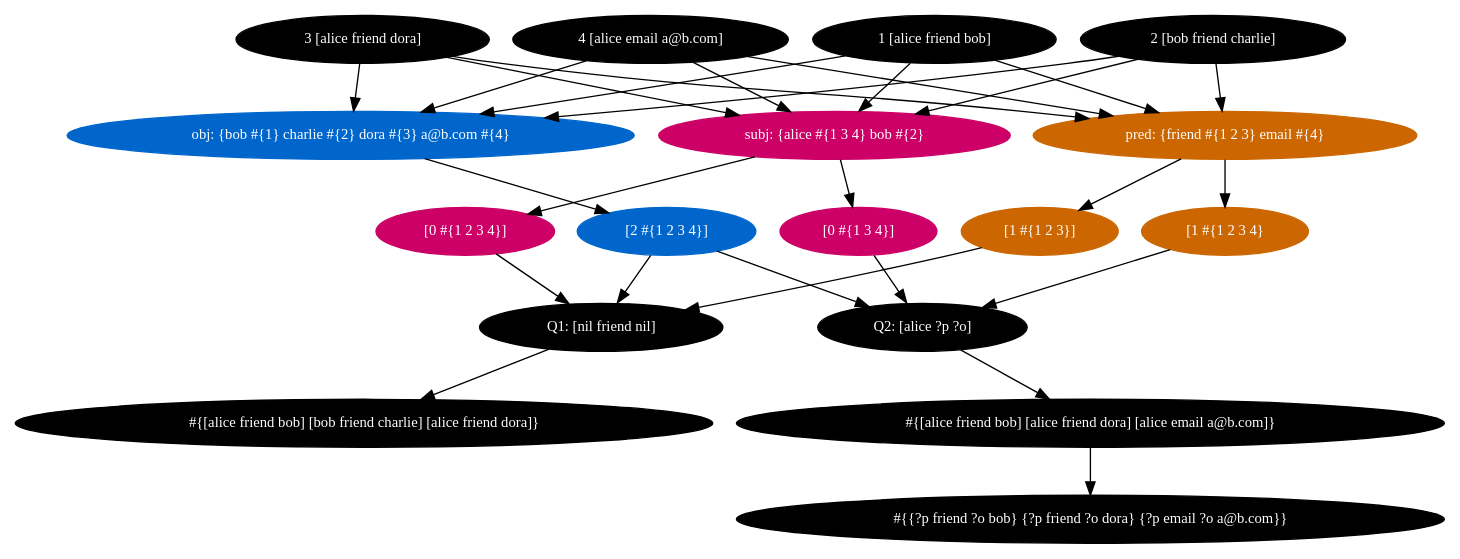
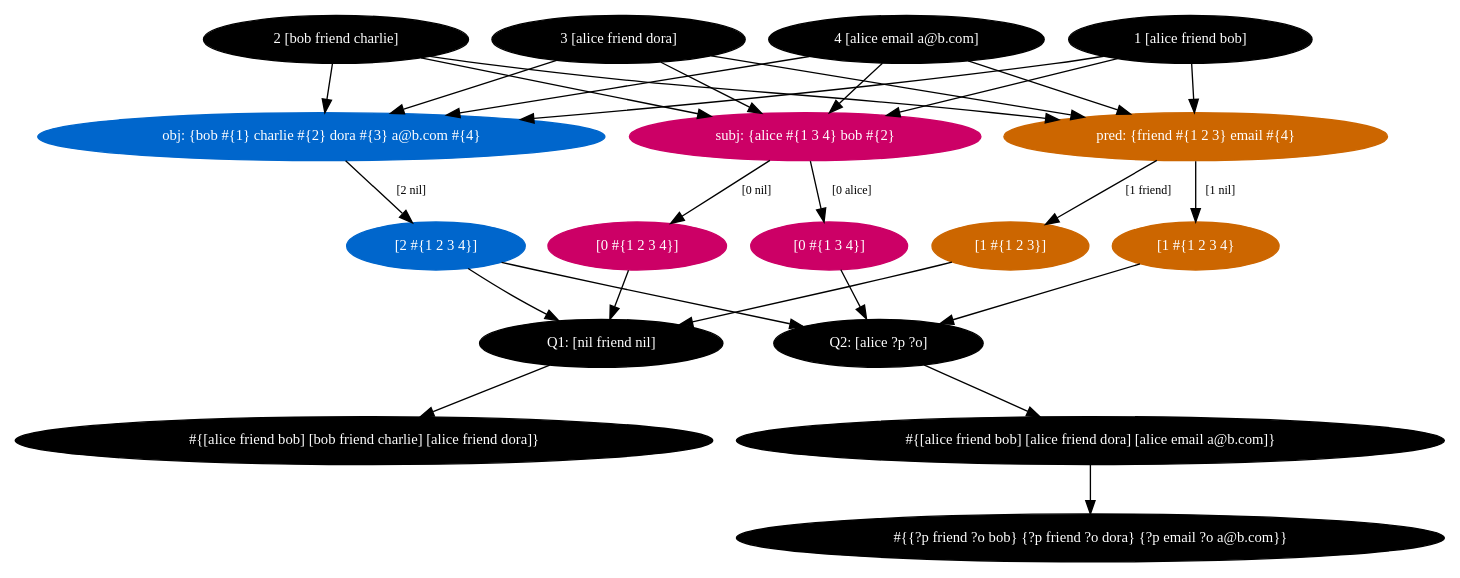
One commit to thi-ng/fabric changed the diagram in fabric-facts/src/core.org. Above: the diagram before and after it, drawn with Graphviz. The commit also changed 1 other file, not shown here.

Commit message:
[facts] upate query diagram

```diff
--- a/fabric-facts/src/core.org
+++ b/fabric-facts/src/core.org
@@ -220,41 +220,46 @@
 #+BEGIN_SRC dot :tangle ../../assets/query-example01.dot
 digraph g {
   node[color="black",style="filled",fontname="Inconsolata",fontcolor="white",fontsize=11];
   edge[fontname="Inconsolata",fontsize=9];
 
   f1[label="1 [alice friend bob]"];
   f2[label="2 [bob friend charlie]"];
   f3[label="3 [alice friend dora]"];
   f4[label="4 [alice email a@b.com]"];
   is[label="subj: {alice #{1 3 4} bob #{2}",color="#cc0066"];
   ip[label="pred: {friend #{1 2 3} email #{4}",color="#cc6600"];
   io[label="obj: {bob #{1} charlie #{2} dora #{3} a@b.com #{4}",color="#0066cc"];
   f1 -> is; f1 -> ip; f1 -> io;
   f2 -> is; f2 -> ip; f2 -> io;
   f3 -> is; f3 -> ip; f3 -> io;
   f4 -> is; f4 -> ip; f4 -> io;
 
   q1[label="Q1: [nil friend nil]"];
   q2[label="Q2: [alice ?p ?o]"];
 
   sq1[label="[0 #{1 2 3 4}]",color="#cc0066"];
   pq1[label="[1 #{1 2 3}]",color="#cc6600"];
   oq1[label="[2 #{1 2 3 4}]",color="#0066cc"];
 
   q1res[label="#{[alice friend bob] [bob friend charlie] [alice friend dora]}"];
 
-  is -> sq1 -> q1 -> q1res;
-  ip -> pq1 -> q1;
-  io -> oq1 -> q1;
+  is -> sq1[label="[0 nil]"];
+  sq1 -> q1 -> q1res;
+  ip -> pq1[label="[1 friend]"];
+  pq1 -> q1;
+  io -> oq1[label="[2 nil]"];
+  oq1 -> q1;
 
   sq2[label="[0 #{1 3 4}]",color="#cc0066"];
   pq2[label="[1 #{1 2 3 4}",color="#cc6600"];
 
   q2res[label="#{[alice friend bob] [alice friend dora] [alice email a@b.com]}"];
   q2final[label="#{{?p friend ?o bob} {?p friend ?o dora} {?p email ?o a@b.com}}"];
 
-  is -> sq2 -> q2 -> q2res -> q2final;
-  ip -> pq2 -> q2;
+  is -> sq2[label="[0 alice]"];
+  sq2 -> q2 -> q2res -> q2final;
+  ip -> pq2[label="[1 nil]"];
+  pq2 -> q2;
   oq1 -> q2;
 }
 #+END_SRC
```
